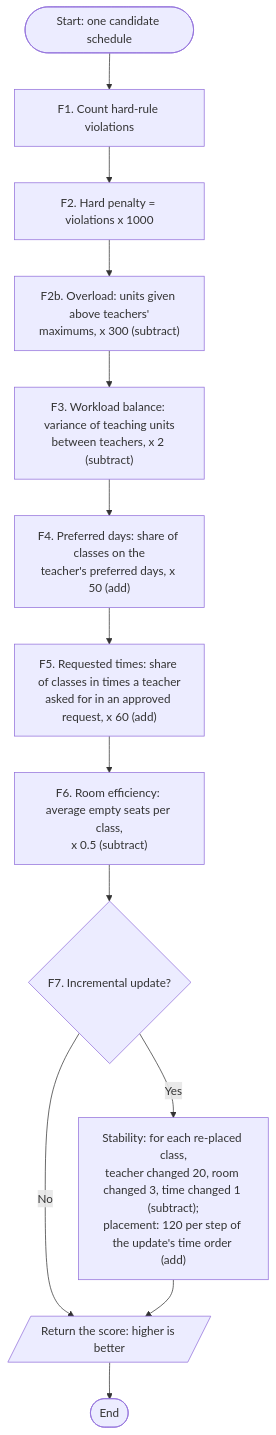
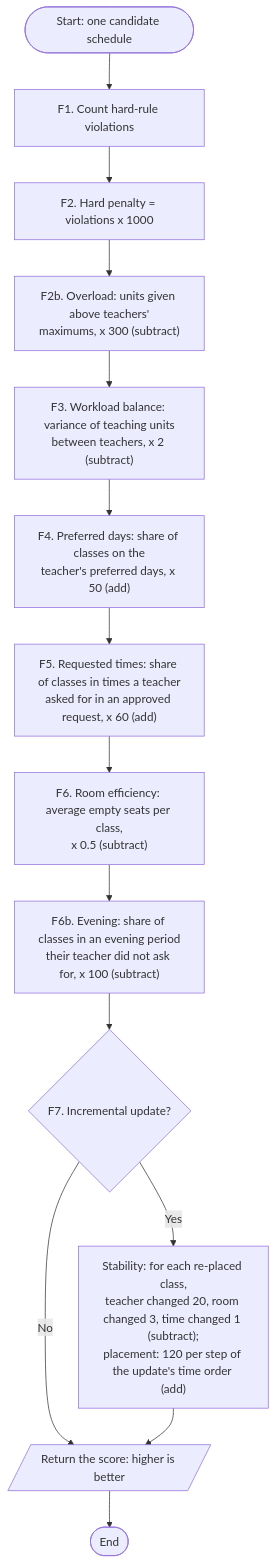
One commit to chocoboy231/SchedWiseAI changed the second of 3 diagrams in docs/FLOWCHART.md. Above: the diagram before and after it, drawn with Mermaid. The commit also changed other lines of this file and 9 other files, not shown here.

````diff
--- a/docs/FLOWCHART.md
+++ b/docs/FLOWCHART.md
@@ -89,15 +89,16 @@
 ```mermaid
 flowchart TD
     A([Start: one candidate schedule]) --> B[F1. Count hard-rule violations]
     B --> C["F2. Hard penalty = violations x 1000"]
     C --> C2["F2b. Overload: units given above teachers'<br/>maximums, x 300 (subtract)"]
     C2 --> D["F3. Workload balance: variance of teaching units<br/>between teachers, x 2 (subtract)"]
     D --> E["F4. Preferred days: share of classes on the<br/>teacher's preferred days, x 50 (add)"]
     E --> F["F5. Requested times: share of classes in times a teacher<br/>asked for in an approved request, x 60 (add)"]
     F --> G["F6. Room efficiency: average empty seats per class,<br/>x 0.5 (subtract)"]
-    G --> J{F7. Incremental update?}
+    G --> G2["F6b. Evening: share of classes in an evening period<br/>their teacher did not ask for, x 100 (subtract)"]
+    G2 --> J{F7. Incremental update?}
     J -- Yes --> K["Stability: for each re-placed class,<br/>teacher changed 20, room changed 3, time changed 1 (subtract);<br/>placement: 120 per step of the update's time order (add)"]
     J -- No --> L
     K --> L[/Return the score: higher is better/]
     L --> M([End])
 ```
````
